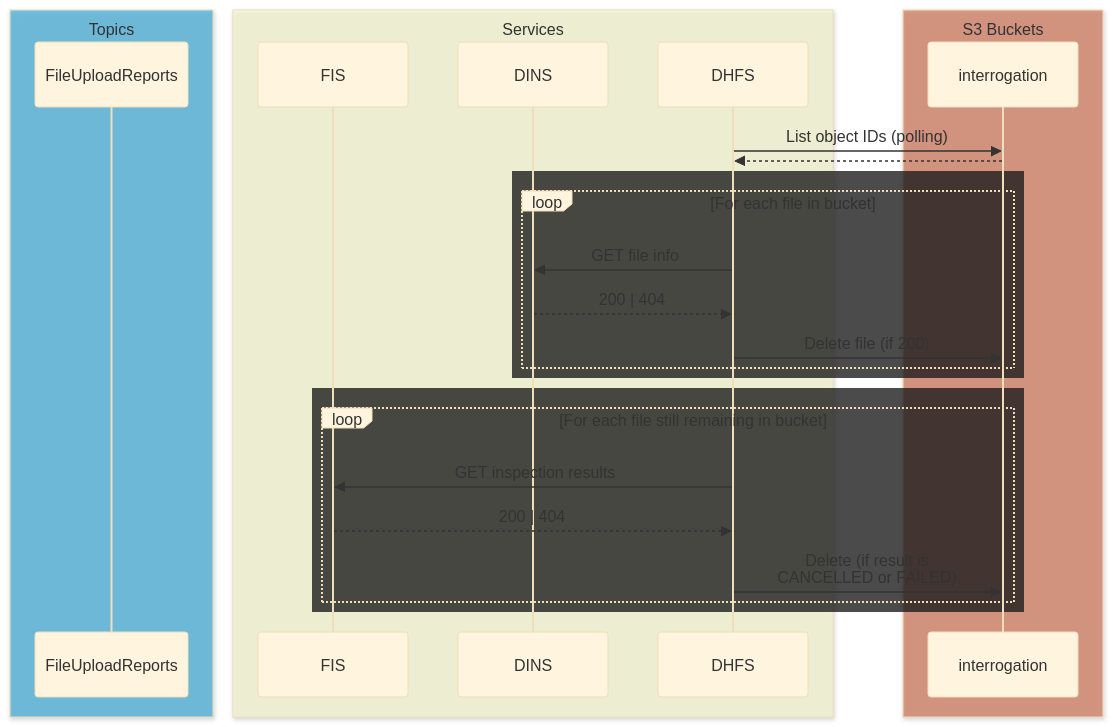
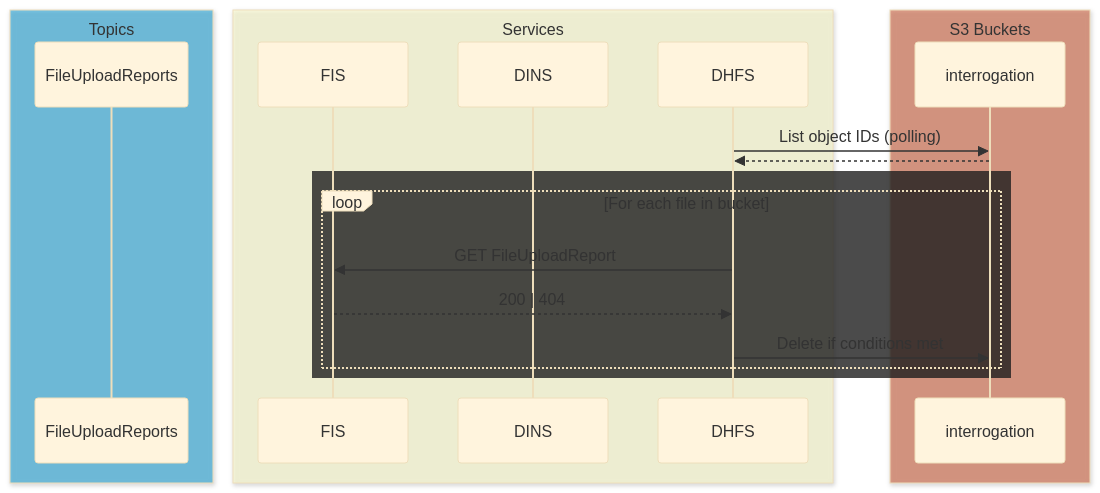
The second of 3 diagrams in 84-sarcastic-fringehead/technical_specification.md (ghga-de/epic-docs), drawn with Mermaid (base theme) before and after one commit. The commit also changed other lines of this file, not shown here.

Commit message:
Ping FIS for file cleanup info

````diff
--- a/84-sarcastic-fringehead/technical_specification.md
+++ b/84-sarcastic-fringehead/technical_specification.md
@@ -421,31 +431,24 @@
 ```mermaid
 sequenceDiagram
     box rgb(0, 150, 210, 0.5) Topics
         participant FileUploadReports
     end
     box rgb(255, 255, 200, .5) Services
         participant FIS
         participant DINS
         participant DHFS
     end
     box rgb(200, 75, 35, 0.5) S3 Buckets
         participant interrogation
     end
     
     DHFS->>interrogation: List object IDs (polling)
     interrogation-->>DHFS:
     rect rgb(30, 30, 30, .8)
         loop For each file in bucket
-            DHFS->>DINS: GET file info
-            DINS-->>DHFS: 200 | 404
-            DHFS->>interrogation: Delete file (if 200)
-        end
-    end
-    rect rgb(30, 30, 30, .8)
-        loop For each file still remaining in bucket
-            DHFS->>FIS: GET inspection results
+            DHFS->>FIS: GET FileUploadReport
             FIS-->>DHFS: 200 | 404
-            DHFS->>interrogation: Delete (if result is<br>CANCELLED or FAILED)
+            DHFS->>interrogation: Delete if conditions met
         end
     end
 ```
````
